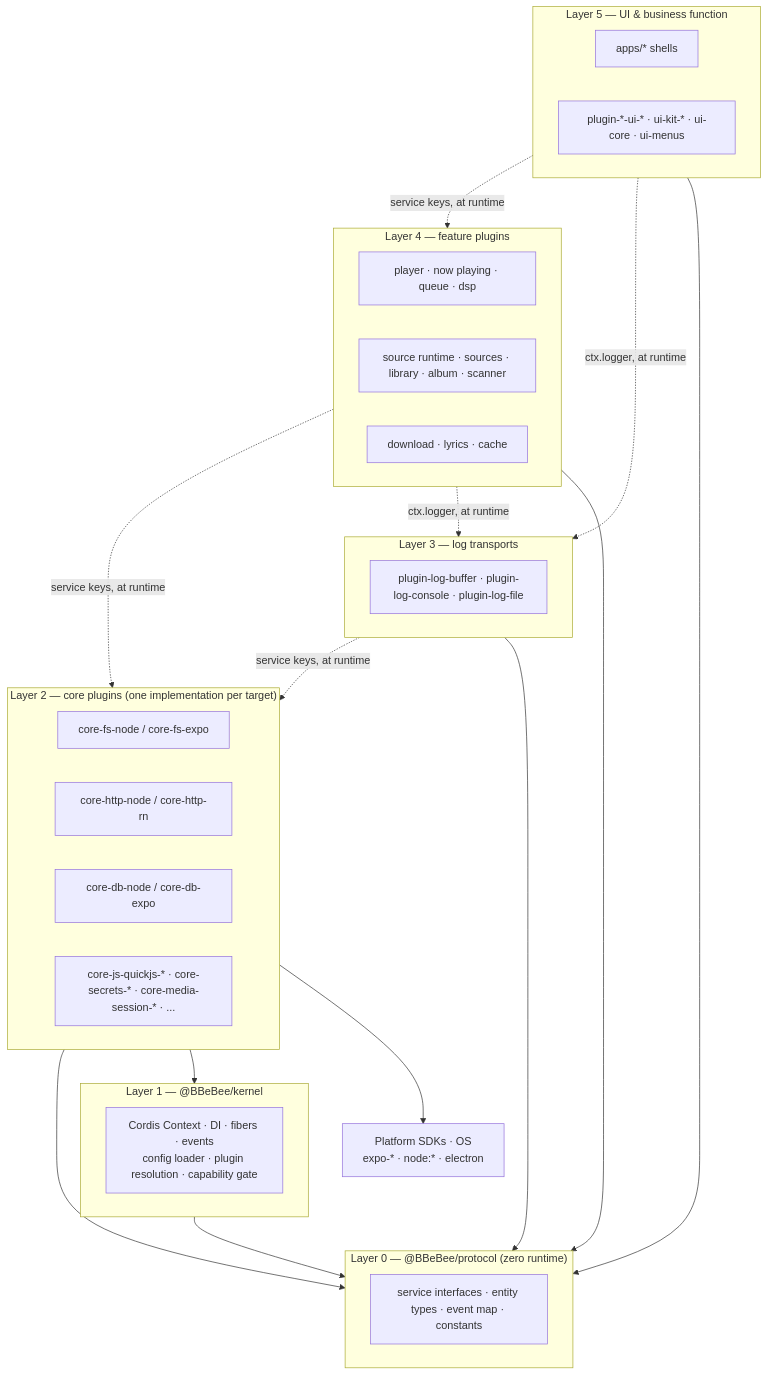
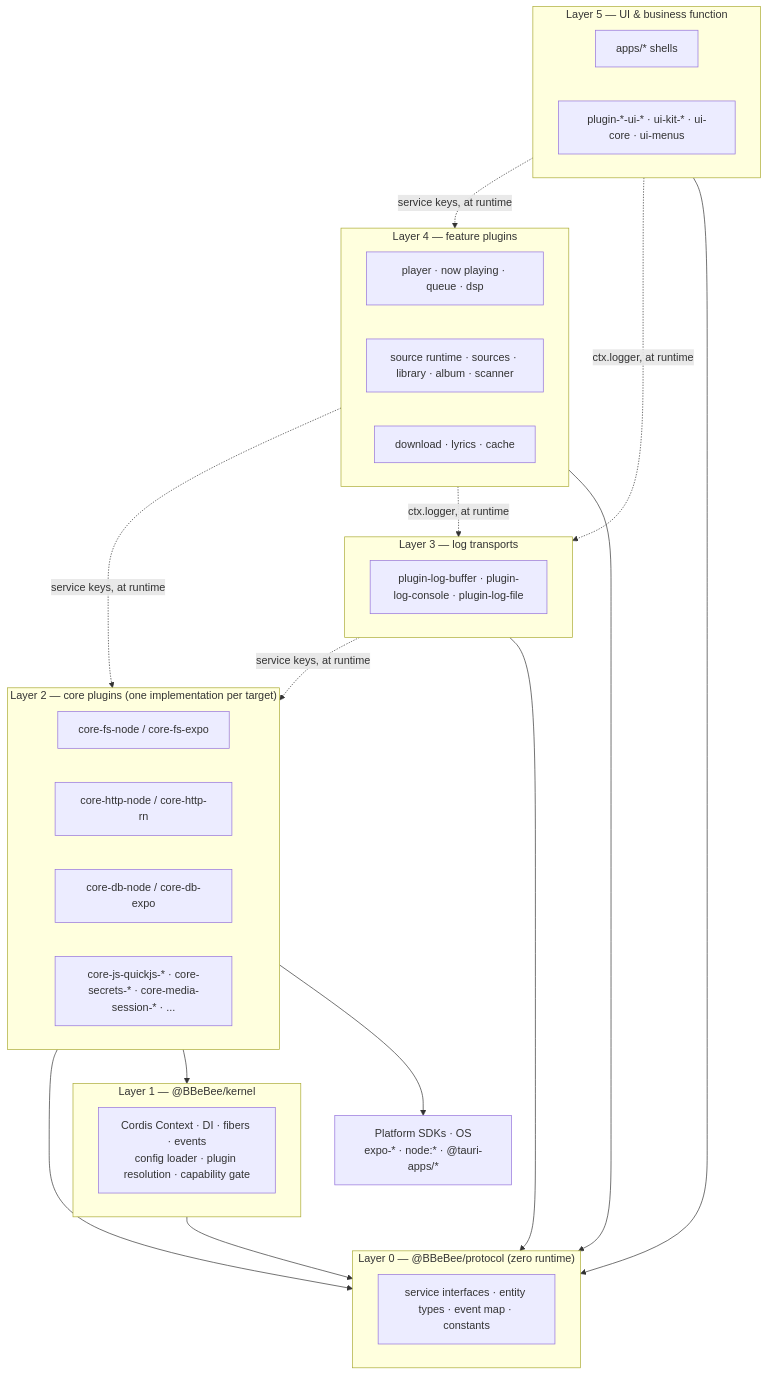
Before and after one commit to BBeBeeX/BBeBee: the first of 4 diagrams in docs-zh/architecture/layers.md, drawn with Mermaid. The commit also changed other lines of this file and 38 other files, not shown here.

````diff
--- a/docs-zh/architecture/layers.md
+++ b/docs-zh/architecture/layers.md
@@ -90,41 +90,41 @@
 ```mermaid
 flowchart TD
     subgraph L5["Layer 5 — UI & business function"]
         S["apps/* shells"]
         V["plugin-*-ui-* · ui-kit-* · ui-core · ui-menus"]
     end
     subgraph L4["Layer 4 — feature plugins"]
         F1["player · now playing · queue · dsp"]
         F2["source runtime · sources · library · album · scanner"]
         F3["download · lyrics · cache"]
     end
     subgraph L3["Layer 3 — log transports"]
         G["plugin-log-buffer · plugin-log-console · plugin-log-file"]
     end
     subgraph L2["Layer 2 — core plugins (one implementation per target)"]
         C1["core-fs-node / core-fs-expo"]
         C2["core-http-node / core-http-rn"]
         C3["core-db-node / core-db-expo"]
         C4["core-js-quickjs-* · core-secrets-* · core-media-session-* · ..."]
     end
     subgraph L1["Layer 1 — @BBeBee/kernel"]
         K["Cordis Context · DI · fibers · events<br/>config loader · plugin resolution · capability gate"]
     end
     subgraph L0["Layer 0 — @BBeBee/protocol (zero runtime)"]
         P["service interfaces · entity types · event map · constants"]
     end
-    SYS["Platform SDKs · OS<br/>expo-* · node:* · electron"]
+    SYS["Platform SDKs · OS<br/>expo-* · node:* · @tauri-apps/*"]
 
     L5 -.->|"service keys, at runtime"| L4
     L5 -.->|"ctx.logger, at runtime"| L3
     L4 -.->|"service keys, at runtime"| L2
     L4 -.->|"ctx.logger, at runtime"| L3
     L3 -.->|"service keys, at runtime"| L2
     L5 --> L0
     L4 --> L0
     L3 --> L0
     L2 --> L0
     L1 --> L0
     L2 --> L1
     L2 --> SYS
 ```
````
